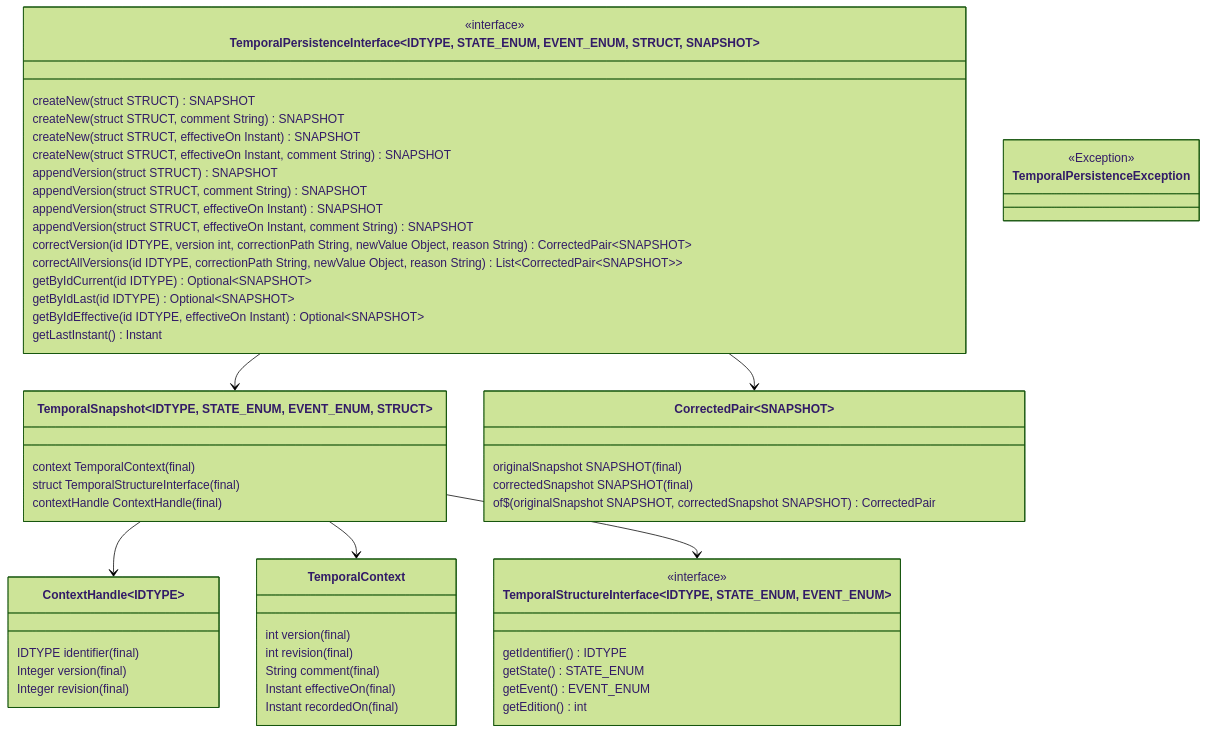
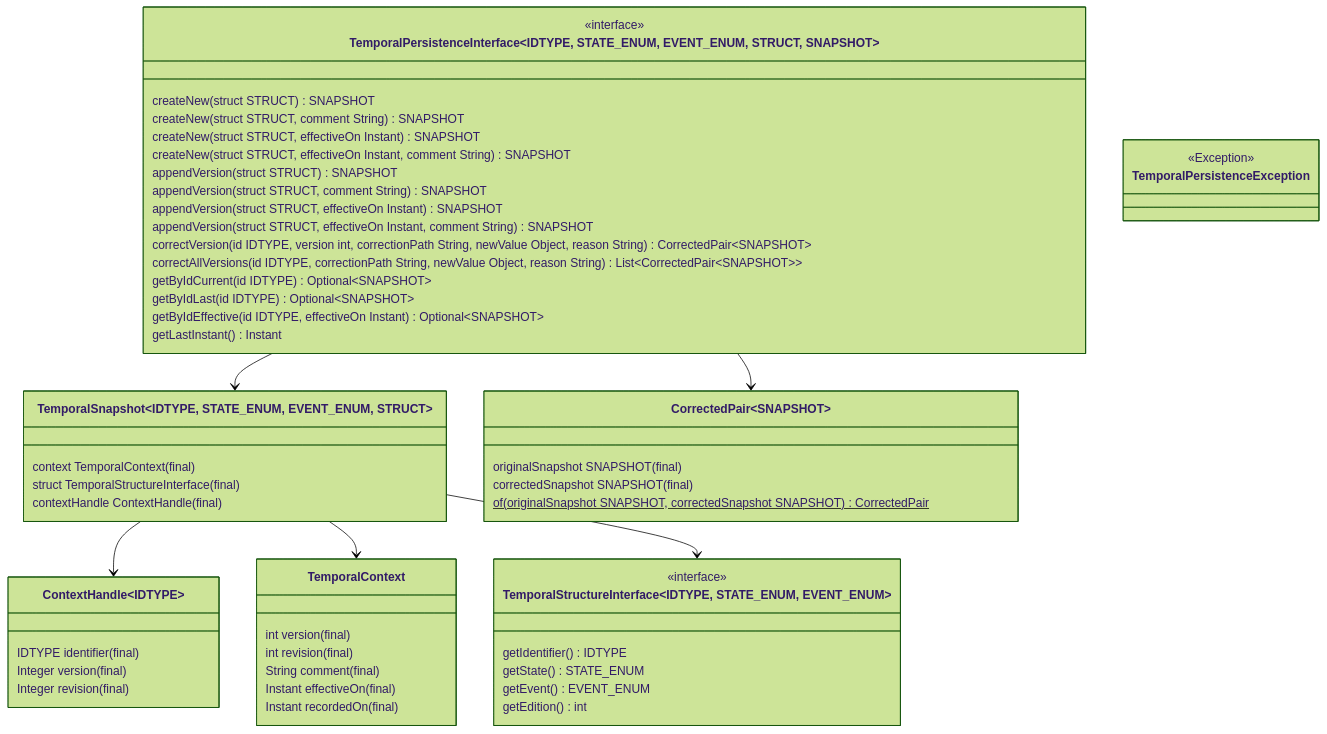
Before and after one commit to drp2179/bi-temporal-data-base-lib: the diagram in README.md, drawn with Mermaid (forest theme).

Commit message:
trying to get Mermaid to render the static method

````diff
--- a/README.md
+++ b/README.md
@@ -7,73 +7,73 @@
 ```mermaid
 classDiagram
     
     class TemporalContext {
         int version (final)
         int revision (final)
         String comment (final)
         Instant effectiveOn (final)
         Instant recordedOn (final)
     }
 
     class ContextHandle~IDTYPE~ {
         IDTYPE identifier (final)
         Integer version (final)
         Integer revision (final)
     }
 
     class TemporalStructureInterface~IDTYPE, STATE_ENUM, EVENT_ENUM~ {
         <<interface>>
         getIdentifier() IDTYPE
         getState() STATE_ENUM
         getEvent() EVENT_ENUM
         getEdition() int
     }
 
     class TemporalSnapshot~IDTYPE, STATE_ENUM, EVENT_ENUM, STRUCT~ {
         context TemporalContext (final)
         struct TemporalStructureInterface (final)
         contextHandle ContextHandle (final)
     }
 
     TemporalSnapshot --> ContextHandle
     TemporalSnapshot --> TemporalContext
     TemporalSnapshot --> TemporalStructureInterface
     
     class CorrectedPair~SNAPSHOT~ {
 			originalSnapshot SNAPSHOT (final)
 			correctedSnapshot SNAPSHOT (final)
 
-			of$(originalSnapshot SNAPSHOT, correctedSnapshot SNAPSHOT) CorrectedPair<SNAPSHOT>
+			of(originalSnapshot SNAPSHOT, correctedSnapshot SNAPSHOT) CorrectedPair<SNAPSHOT>$
     }
 
     class TemporalPersistenceInterface~IDTYPE, STATE_ENUM, EVENT_ENUM, STRUCT, SNAPSHOT~ {
         <<interface>>
 
         createNew(struct STRUCT) SNAPSHOT
         createNew(struct STRUCT, comment String) SNAPSHOT
         createNew(struct STRUCT, effectiveOn Instant) SNAPSHOT
         createNew(struct STRUCT, effectiveOn Instant, comment String) SNAPSHOT
         
         appendVersion(struct STRUCT) SNAPSHOT
         appendVersion(struct STRUCT, comment String) SNAPSHOT
         appendVersion(struct STRUCT, effectiveOn Instant) SNAPSHOT
         appendVersion(struct STRUCT, effectiveOn Instant, comment String) SNAPSHOT
         
         correctVersion(id IDTYPE, version int, correctionPath String, newValue Object, reason String) CorrectedPair~SNAPSHOT~
         correctAllVersions(id IDTYPE, correctionPath String, newValue Object, reason String) List~CorrectedPair~SNAPSHOT~~
         
         getByIdCurrent(id IDTYPE) Optional~SNAPSHOT~
         getByIdLast(id IDTYPE) Optional~SNAPSHOT~
         getByIdEffective(id IDTYPE, effectiveOn Instant) Optional~SNAPSHOT~
         
         getLastInstant() Instant
     }
 
     TemporalPersistenceInterface --> TemporalSnapshot
     TemporalPersistenceInterface --> CorrectedPair
     
     class TemporalPersistenceException {
     	<<Exception>>
     }
 
 ```
````
